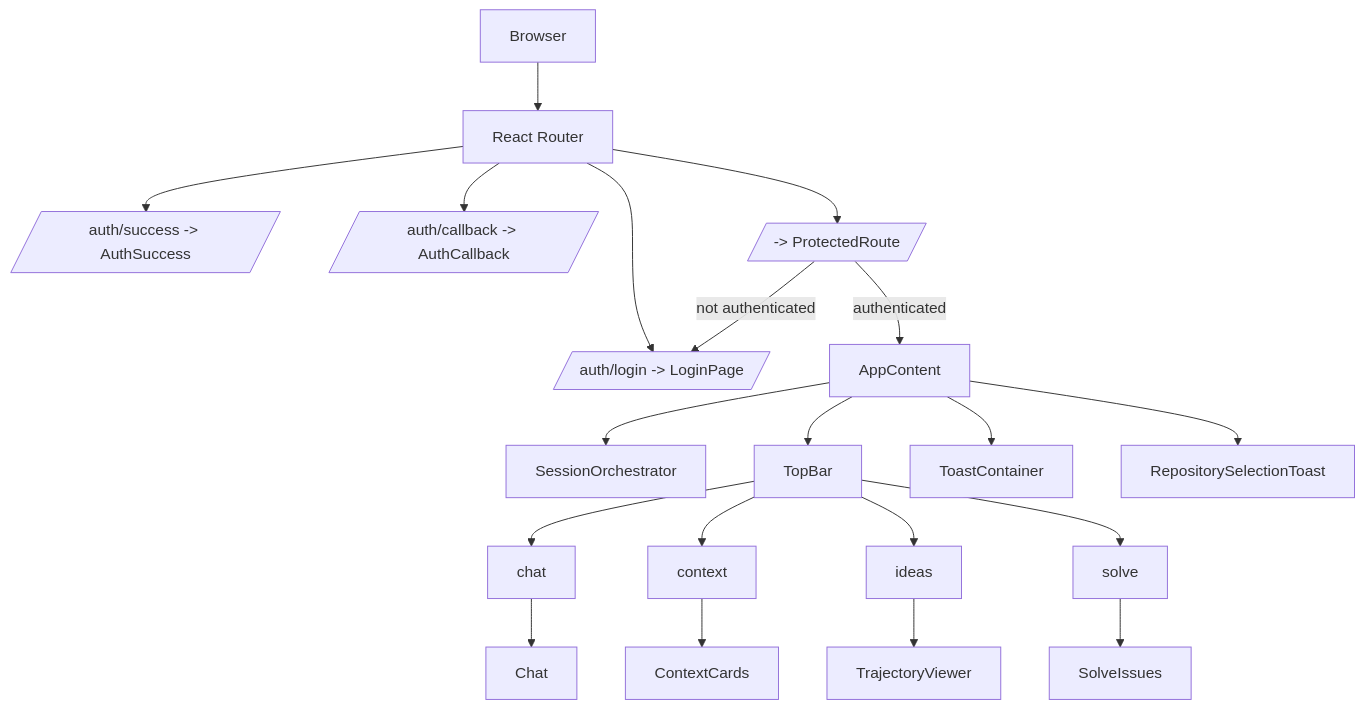
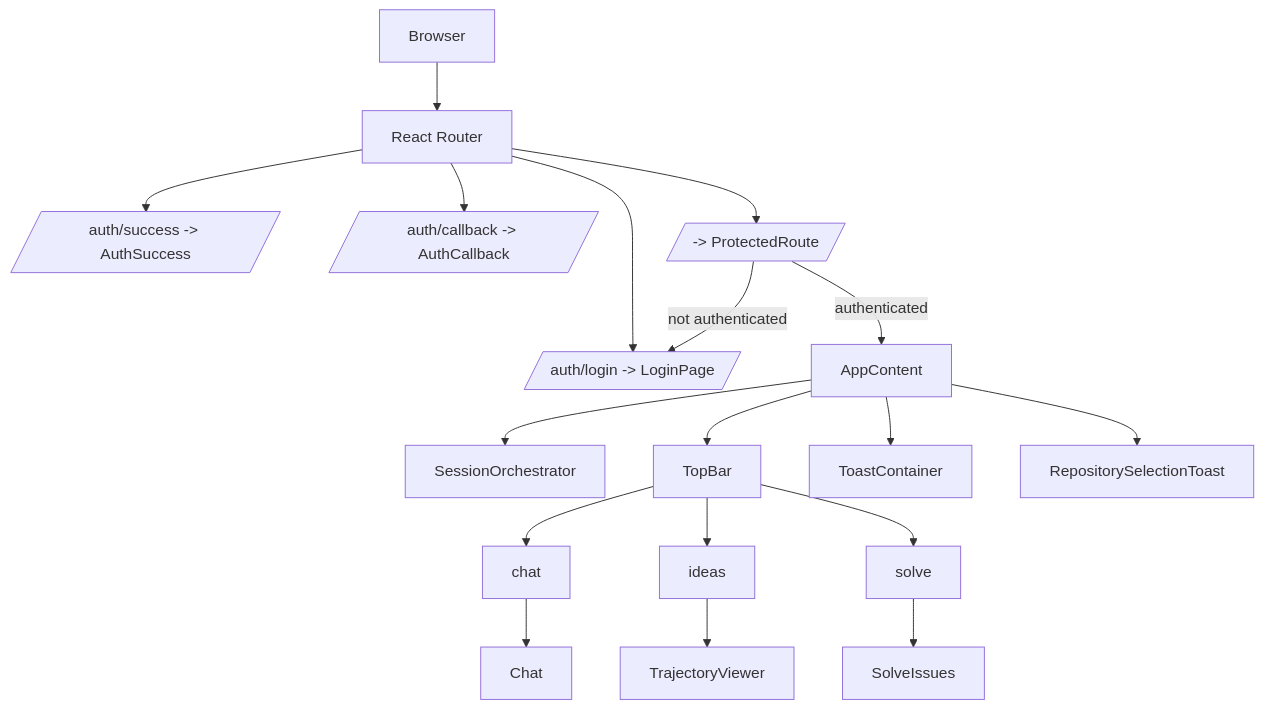
One commit to pranay5255/YudaiV3 changed the first of 7 diagrams in docs/frontend-architecture.md. Above: the diagram before and after it, drawn with Mermaid. The commit also changed other lines of this file and 14 other files, not shown here.

````diff
--- a/docs/frontend-architecture.md
+++ b/docs/frontend-architecture.md
@@ -17,27 +17,25 @@
 ```mermaid
 flowchart TD
     Browser[Browser] --> Router[React Router]
 
     Router --> Login[/auth/login -> LoginPage/]
     Router --> Success[/auth/success -> AuthSuccess/]
     Router --> Callback[/auth/callback -> AuthCallback/]
     Router --> Root[/ -> ProtectedRoute/]
 
     Root -->|authenticated| AppContent
     Root -->|not authenticated| Login
 
     AppContent --> SessionOrchestrator
     AppContent --> TopBar
     AppContent --> ToastContainer
     AppContent --> RepositorySelectionToast
 
     TopBar --> ChatTab[chat]
-    TopBar --> ContextTab[context]
     TopBar --> IdeasTab[ideas]
     TopBar --> SolveTab[solve]
 
     ChatTab --> Chat
-    ContextTab --> ContextCards
     IdeasTab --> TrajectoryViewer
     SolveTab --> SolveIssues
 ```
````
